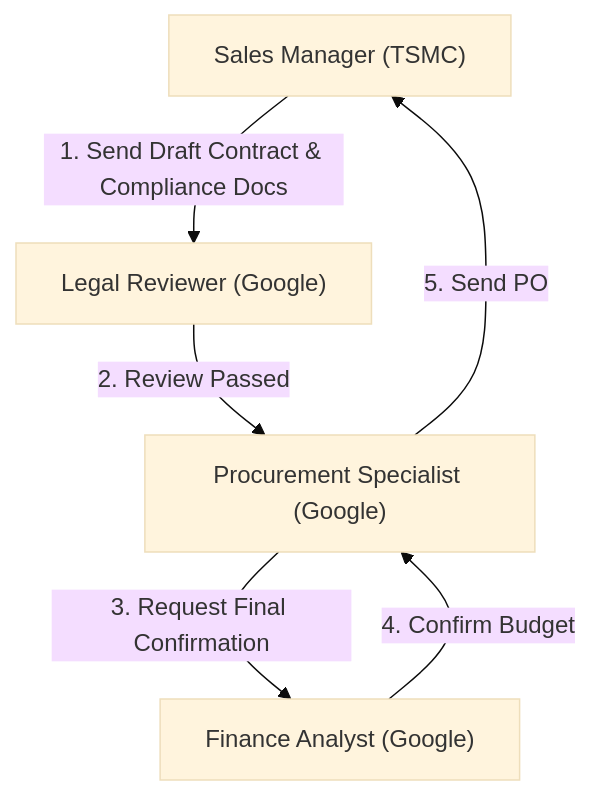
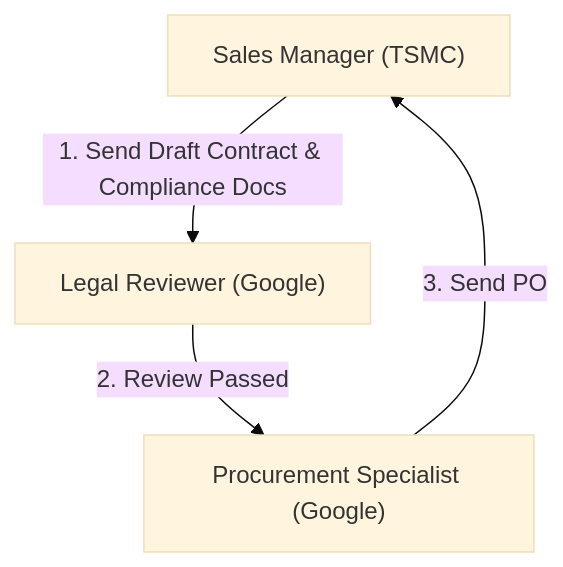
Before and after one commit to IsaacTai123/procurement_ecosystem: the fifth of 6 diagrams in README.md, drawn with Mermaid (base theme). The commit also changed other lines of this file, not shown here.

````diff
--- a/README.md
+++ b/README.md
@@ -117,8 +116,6 @@
 ```mermaid
 flowchart TD
     Sales_Manager["Sales Manager (TSMC)"] -->|1. Send Draft Contract & Compliance Docs| Legal_Reviewer["Legal Reviewer (Google)"]
     Legal_Reviewer -->|2. Review Passed| Procurement_Specialist["Procurement Specialist (Google)"]
-    Procurement_Specialist -->|3. Request Final Confirmation| Finance_Analyst["Finance Analyst (Google)"]
-    Finance_Analyst -->|4. Confirm Budget| Procurement_Specialist
-    Procurement_Specialist -->|5. Send PO| Sales_Manager
+    Procurement_Specialist -->|3. Send PO| Sales_Manager
 ```
````
